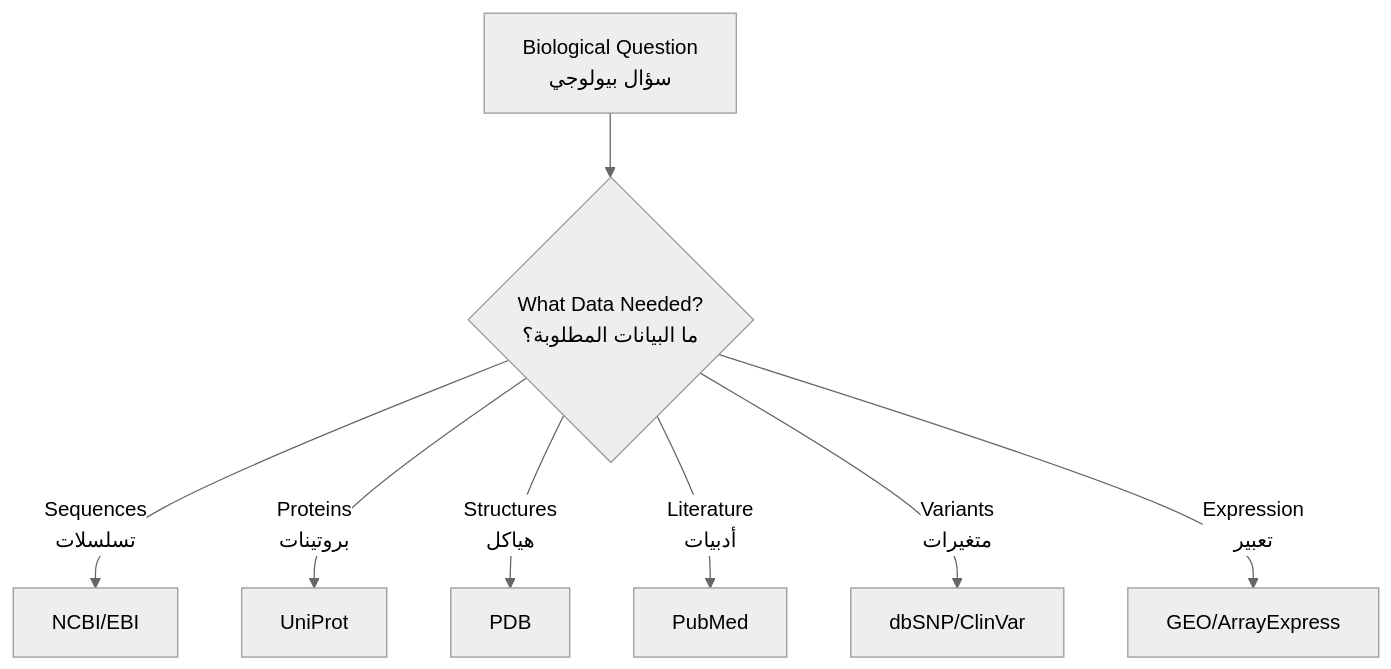
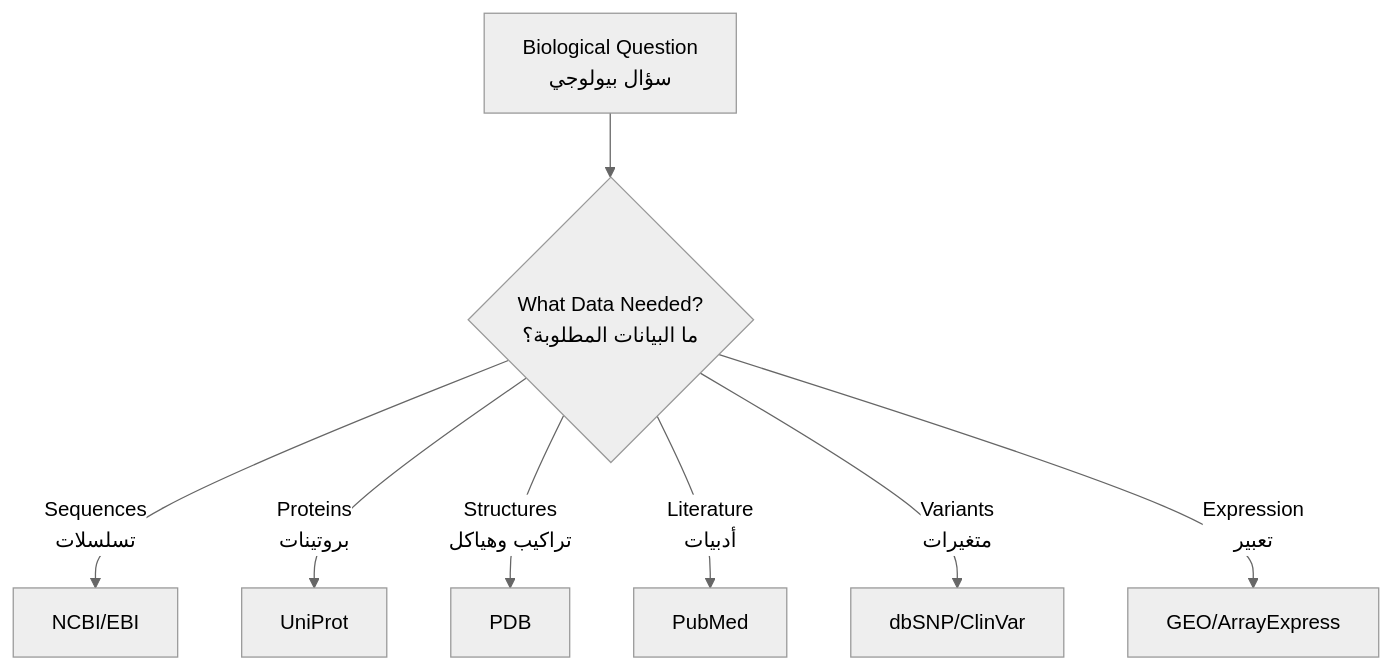
Before and after one commit to alarawms/site: the diagram in docs/courses/foundation-of-bioinformatics/module-4.md, drawn with Mermaid (neutral theme). The commit also changed other lines of this file and 1 other file, not shown here.

````diff
--- a/docs/courses/foundation-of-bioinformatics/module-4.md
+++ b/docs/courses/foundation-of-bioinformatics/module-4.md
@@ -40,10 +42,10 @@
 ```mermaid
 graph TD
     A["Biological Question<br/>سؤال بيولوجي"] --> B{"What Data Needed?<br/>ما البيانات المطلوبة؟"}
     B -->|"Sequences<br/>تسلسلات"| C["NCBI/EBI"]
     B -->|"Proteins<br/>بروتينات"| D["UniProt"]
-    B -->|"Structures<br/>هياكل"| E["PDB"]
+    B -->|"Structures<br/>تراكيب وهياكل"| E["PDB"]
     B -->|"Literature<br/>أدبيات"| F["PubMed"]
     B -->|"Variants<br/>متغيرات"| G["dbSNP/ClinVar"]
     B -->|"Expression<br/>تعبير"| H["GEO/ArrayExpress"]
 ```
````
